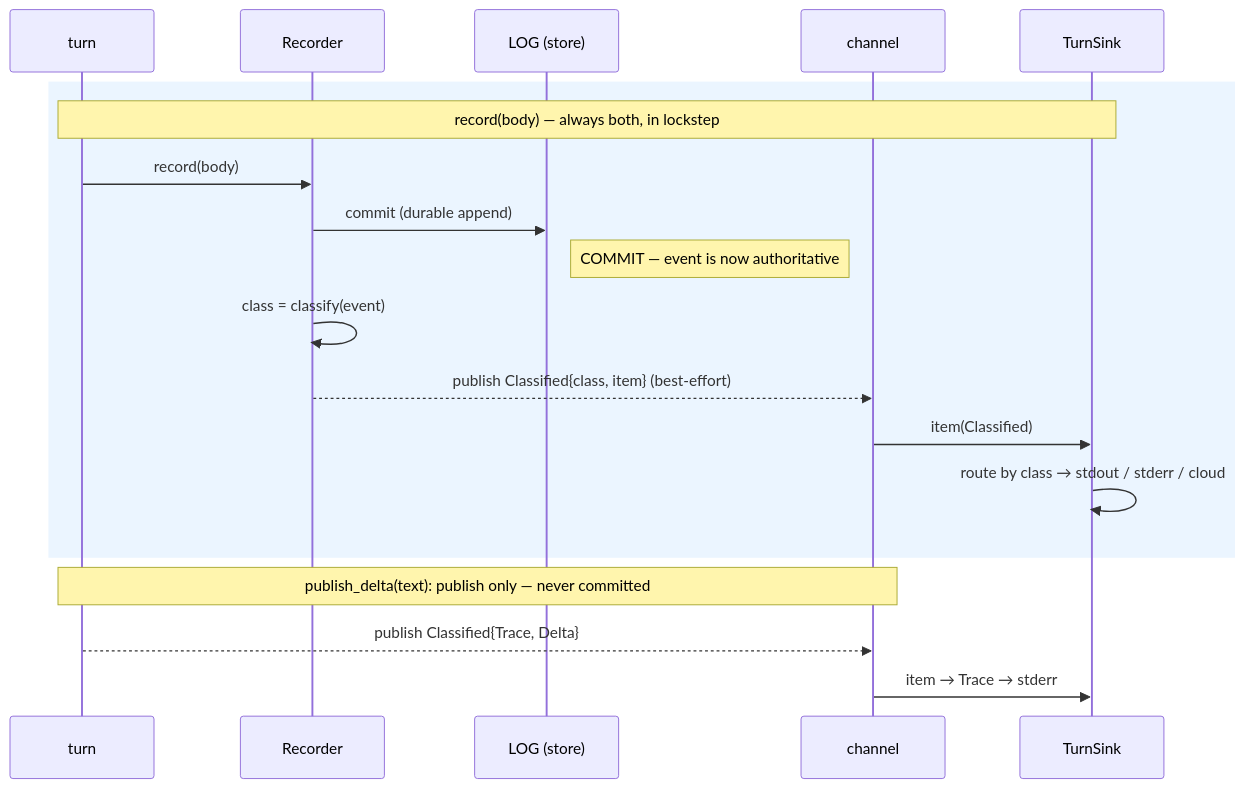
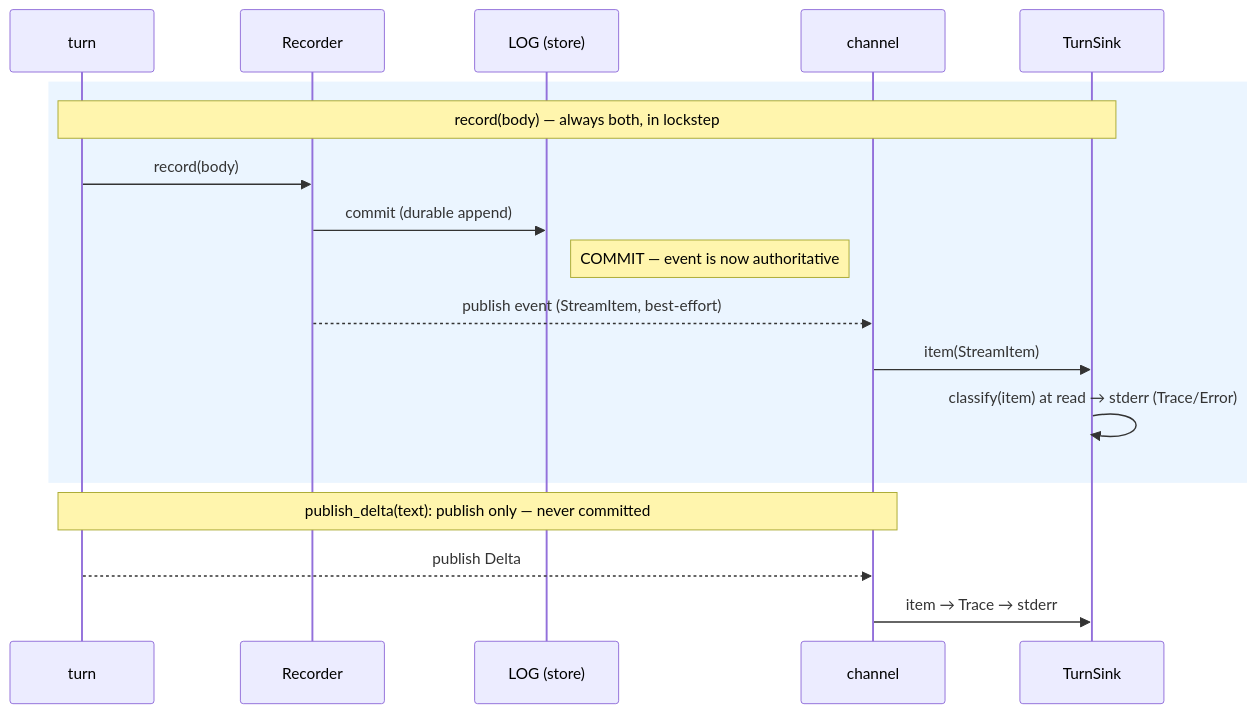
One commit to qtpi-bonding/gait changed the second of 3 diagrams in gait-rs/docs/specs/2026-06-13-turn-io-ports.diagram.md. Above: the diagram before and after it, drawn with Mermaid. The commit also changed other lines of this file and 10 other files, not shown here.

````diff
--- a/gait-rs/docs/specs/2026-06-13-turn-io-ports.diagram.md
+++ b/gait-rs/docs/specs/2026-06-13-turn-io-ports.diagram.md
@@ -48,23 +48,22 @@
 ```mermaid
 sequenceDiagram
     participant T as turn
     participant R as Recorder
     participant L as LOG (store)
     participant C as channel
     participant S as TurnSink
 
     rect rgb(235, 245, 255)
     Note over T,S: record(body) — always both, in lockstep
     T->>R: record(body)
     R->>L: commit (durable append)
     Note right of L: COMMIT — event is now authoritative
-    R->>R: class = classify(event)
-    R-->>C: publish Classified{class, item} (best-effort)
-    C->>S: item(Classified)
-    S->>S: route by class → stdout / stderr / cloud
+    R-->>C: publish event (StreamItem, best-effort)
+    C->>S: item(StreamItem)
+    S->>S: classify(item) at read → stderr (Trace/Error)
     end
 
     Note over T,C: publish_delta(text): publish only — never committed
-    T-->>C: publish Classified{Trace, Delta}
+    T-->>C: publish Delta
     C->>S: item → Trace → stderr
 ```
````
